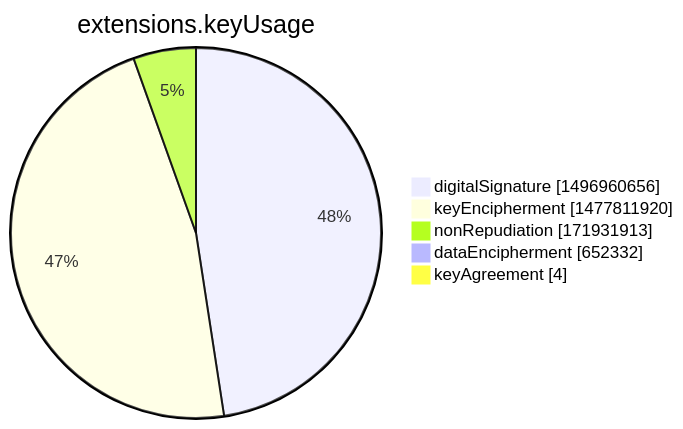
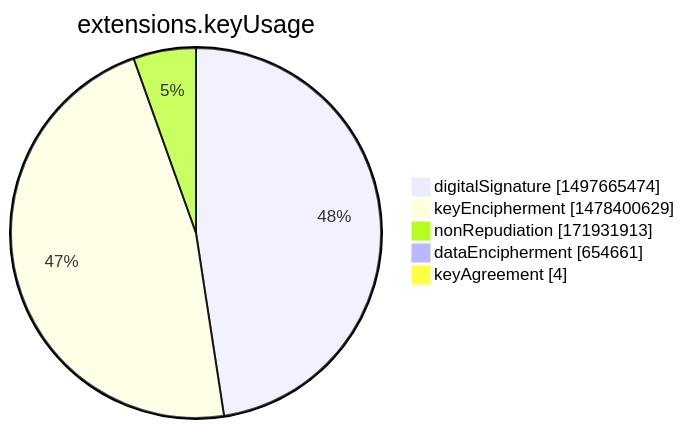
The seventh of 15 diagrams in argon2022/README.md (christiankrug/ctmonitor_visualization), drawn with Mermaid before and after one commit. The commit also changed other lines of this file, not shown here.

````diff
--- a/argon2022/README.md
+++ b/argon2022/README.md
@@ -2751,9 +2751,9 @@
 ```mermaid
 pie showData
 title extensions.keyUsage
-"digitalSignature" :1496960656
-"keyEncipherment" :1477811920
+"digitalSignature" :1497665474
+"keyEncipherment" :1478400629
 "nonRepudiation" :171931913
-"dataEncipherment" :652332
+"dataEncipherment" :654661
 "keyAgreement" :4
 ```
````
